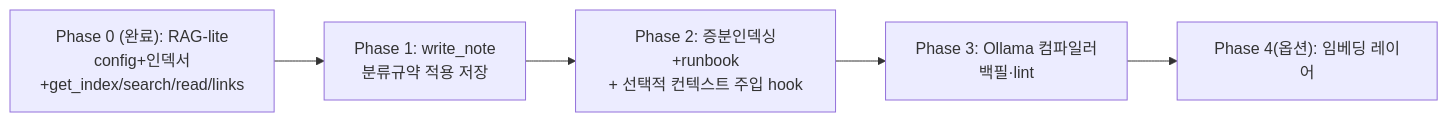
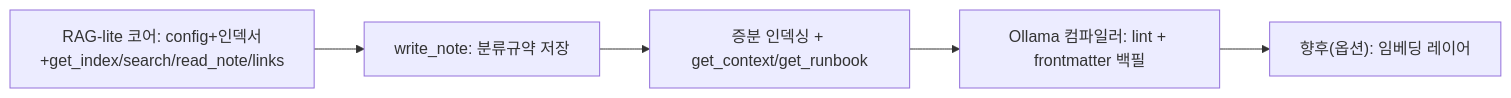
One commit to alanhakhyeonsong/grimoire changed the sixth of 6 diagrams in docs/design.md. Above: the diagram before and after it, drawn with Mermaid. The commit also changed other lines of this file and 9 other files, not shown here.

First line of the commit message:
feat(compiler): Ollama 위키 컴파일러 + lint(건강검진) + 문서 정리

````diff
--- a/docs/design.md
+++ b/docs/design.md
@@ -373,7 +376,7 @@
 ```mermaid
 flowchart LR
-    P0["Phase 0 (완료): RAG-lite\nconfig+인덱서+get_index/search/read/links"] --> P1["Phase 1: write_note\n분류규약 적용 저장"]
-    P1 --> P2["Phase 2: 증분인덱싱+runbook\n+ 선택적 컨텍스트 주입 hook"]
-    P2 --> P3["Phase 3: Ollama 컴파일러\n백필·lint"]
-    P3 --> P4["Phase 4(옵션): 임베딩 레이어"]
+    Core["RAG-lite 코어: config+인덱서+get_index/search/read_note/links"] --> Write["write_note: 분류규약 저장"]
+    Write --> Sync["증분 인덱싱 + get_context/get_runbook"]
+    Sync --> Comp["Ollama 컴파일러: lint + frontmatter 백필"]
+    Comp --> Emb["향후(옵션): 임베딩 레이어"]
 ```
````
